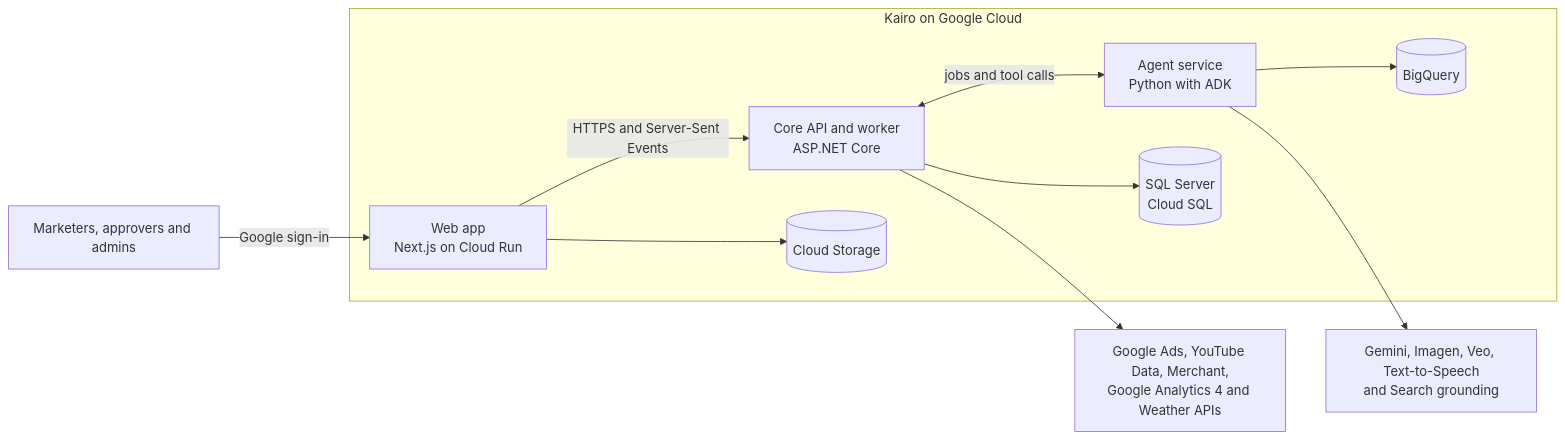
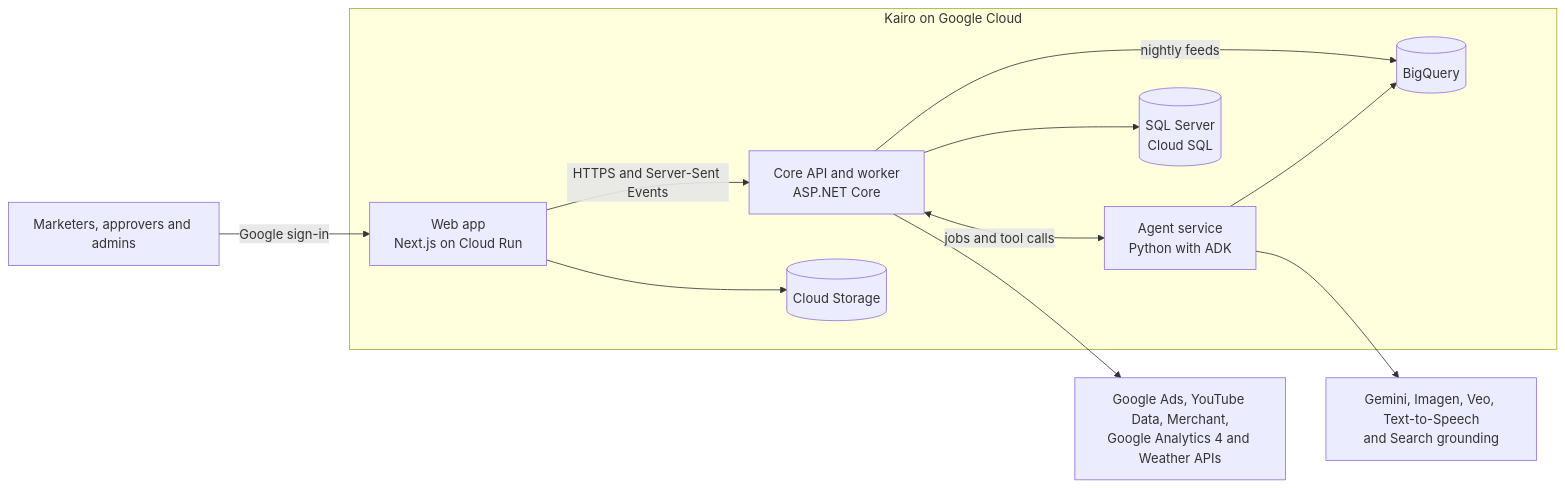
Before and after one commit to NencyBatada/Kairo: the first of 2 diagrams in docs/Kairo-SAD.md, drawn with Mermaid. The commit also changed other lines of this file and 1 other file, not shown here.

Commit message:
Describe the nightly analytics feeds in the SAD and the README

````diff
--- a/docs/Kairo-SAD.md
+++ b/docs/Kairo-SAD.md
@@ -11,13 +11,14 @@
 ```mermaid
 flowchart LR
     U["Marketers, approvers and admins"] -->|Google sign-in| W
     subgraph K["Kairo on Google Cloud"]
         W["Web app<br/>Next.js on Cloud Run"] -->|HTTPS and Server-Sent Events| C["Core API and worker<br/>ASP.NET Core"]
         C <-->|jobs and tool calls| A["Agent service<br/>Python with ADK"]
         W --> F[("Cloud Storage")]
         C --> S[("SQL Server<br/>Cloud SQL")]
         A --> B[("BigQuery")]
+        C -->|nightly feeds| B
     end
     C --> X["Google Ads, YouTube Data, Merchant,<br/>Google Analytics 4 and Weather APIs"]
     A --> M["Gemini, Imagen, Veo, Text-to-Speech<br/>and Search grounding"]
 ```
````
